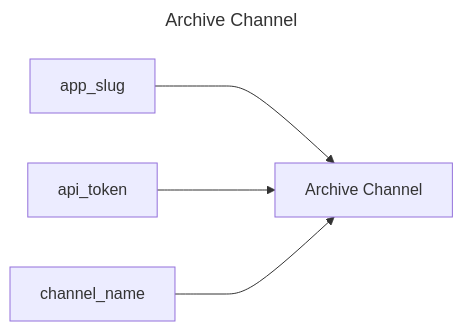
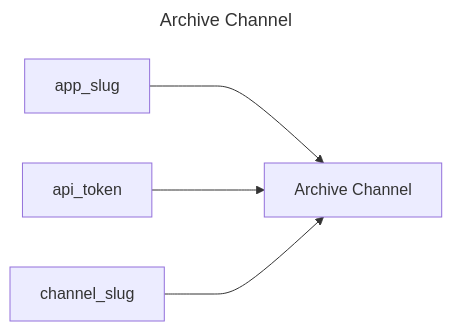
One commit to replicatedhq/replicated-actions changed the diagram in archive-channel/README.md. Above: the diagram before and after it, drawn with Mermaid. The commit also changed other lines of this file and 47 other files, not shown here.

````diff
--- a/archive-channel/README.md
+++ b/archive-channel/README.md
@@ -3,10 +3,10 @@
 ```mermaid
 ---
 title: Archive Channel
 ---
 graph LR
 archive_channel["Archive Channel"]
 app_slug ---> archive_channel
 api_token ---> archive_channel
-channel_name ---> archive_channel
+channel_slug ---> archive_channel
 ```
````
